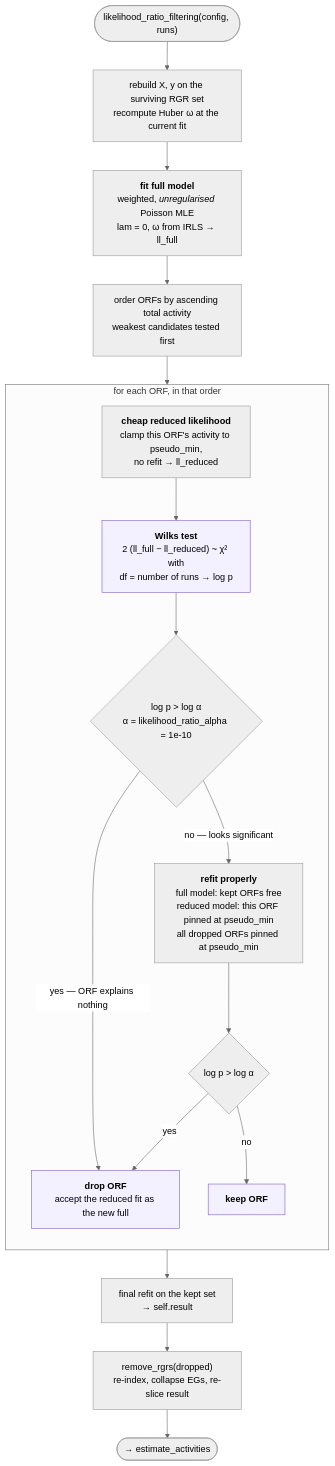
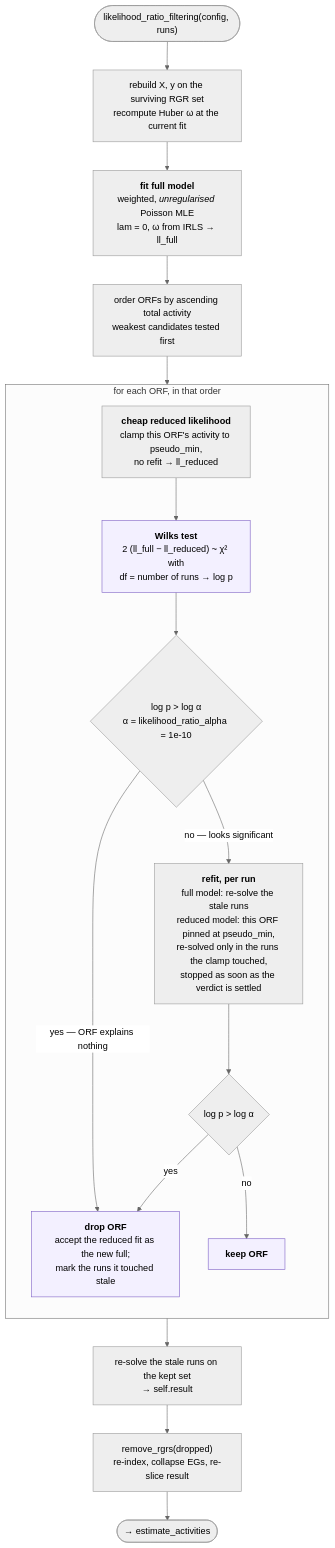
One commit to kilian-m/PRICE2 changed the fifth of 5 diagrams in docs/deconvolution.md. Above: the diagram before and after it, drawn with Mermaid (neutral theme). The commit also changed other lines of this file and 19 other files, not shown here.

First line of the commit message:
Collapse the Poisson solves, refit the likelihood-ratio filter per run and move the prepare stages and the collector onto arrays

````diff
--- a/docs/deconvolution.md
+++ b/docs/deconvolution.md
@@ -211,26 +222,26 @@
 ```mermaid
 flowchart TD
     A(["likelihood_ratio_filtering(config, runs)"]) --> B["rebuild X, y on the surviving RGR set<br/>recompute Huber ω at the current fit"]
     B --> C["<b>fit full model</b><br/>weighted, <i>unregularised</i> Poisson MLE<br/>lam = 0, ω from IRLS → ll_full"]
     C --> D["order ORFs by ascending total activity<br/>weakest candidates tested first"]
 
     subgraph LOOP ["for each ORF, in that order"]
         direction TB
         E["<b>cheap reduced likelihood</b><br/>clamp this ORF's activity to pseudo_min,<br/>no refit → ll_reduced"]
         E --> F["<b>Wilks test</b><br/>2 (ll_full − ll_reduced) ~ χ² with<br/>df = number of runs → log p"]
         F --> G{"log p &gt; log α<br/>α = likelihood_ratio_alpha = 1e-10"}
-        G -->|"yes — ORF explains nothing"| DROP["<b>drop ORF</b><br/>accept the reduced fit as the new full"]
-        G -->|"no — looks significant"| REFIT["<b>refit properly</b><br/>full model: kept ORFs free<br/>reduced model: this ORF pinned at pseudo_min<br/>all dropped ORFs pinned at pseudo_min"]
+        G -->|"yes — ORF explains nothing"| DROP["<b>drop ORF</b><br/>accept the reduced fit as the new full;<br/>mark the runs it touched stale"]
+        G -->|"no — looks significant"| REFIT["<b>refit, per run</b><br/>full model: re-solve the stale runs<br/>reduced model: this ORF pinned at pseudo_min,<br/>re-solved only in the runs the clamp touched,<br/>stopped as soon as the verdict is settled"]
         REFIT --> H{"log p &gt; log α"}
         H -->|"yes"| DROP
         H -->|"no"| KEEP["<b>keep ORF</b>"]
     end
 
     D --> LOOP
-    LOOP --> FIN["final refit on the kept set<br/>→ self.result"]
+    LOOP --> FIN["re-solve the stale runs on the kept set<br/>→ self.result"]
     FIN --> RM["remove_rgrs(dropped)<br/>re-index, collapse EGs, re-slice result"]
     RM --> OUT(["→ estimate_activities"])
 
     classDef filt fill:#f3f0ff,stroke:#7a5cc4
     class DROP,KEEP,F filt
 ```
````
